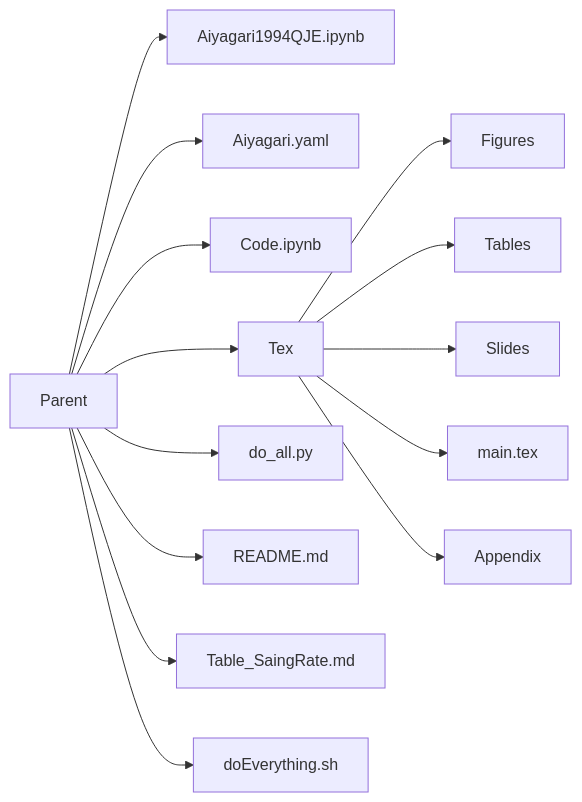
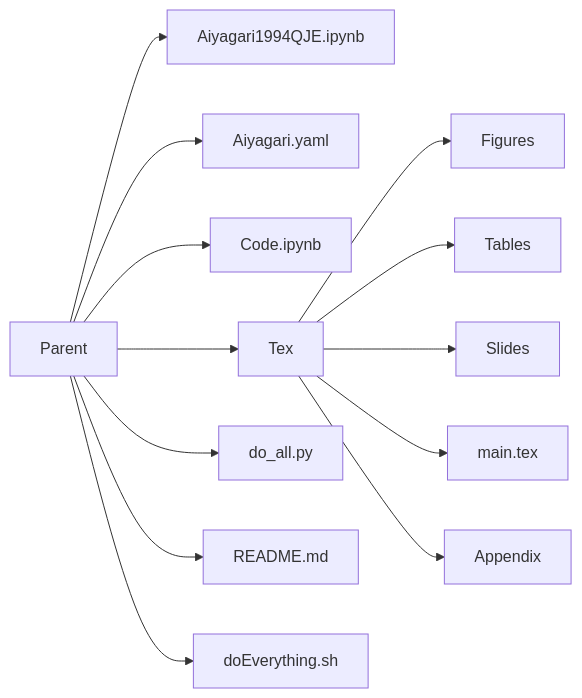
One commit to econ-ark/REMARK changed the diagram in REMARKs/AiyagariIdiosyncratic/README.md. Above: the diagram before and after it, drawn with Mermaid. The commit also changed other lines of this file and 20 other files, not shown here.

````diff
--- a/REMARKs/AiyagariIdiosyncratic/README.md
+++ b/REMARKs/AiyagariIdiosyncratic/README.md
@@ -37,18 +14,17 @@
    ```mermaid
    graph LR;
       Parent-->Aiyagari1994QJE.ipynb
       Parent-->Aiyagari.yaml
       Parent-->Code.ipynb
       Parent-->Tex
       Parent-->do_all.py
       Parent-->README.md
-      Parent--> Table_SaingRate.md
       Parent--> doEverything.sh
      
       Tex--> Figures
       Tex--> Tables
       Tex--> Slides
       Tex--> main.tex
       Tex--> Appendix
    
    ```
````
